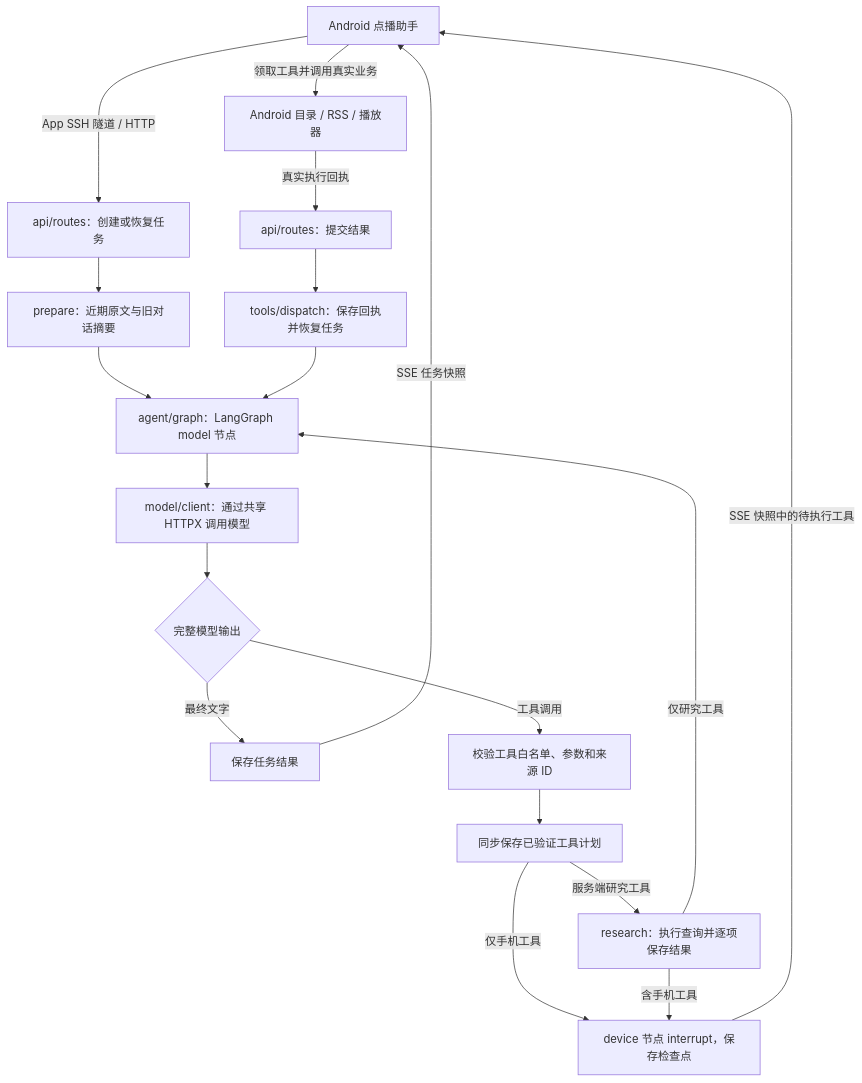
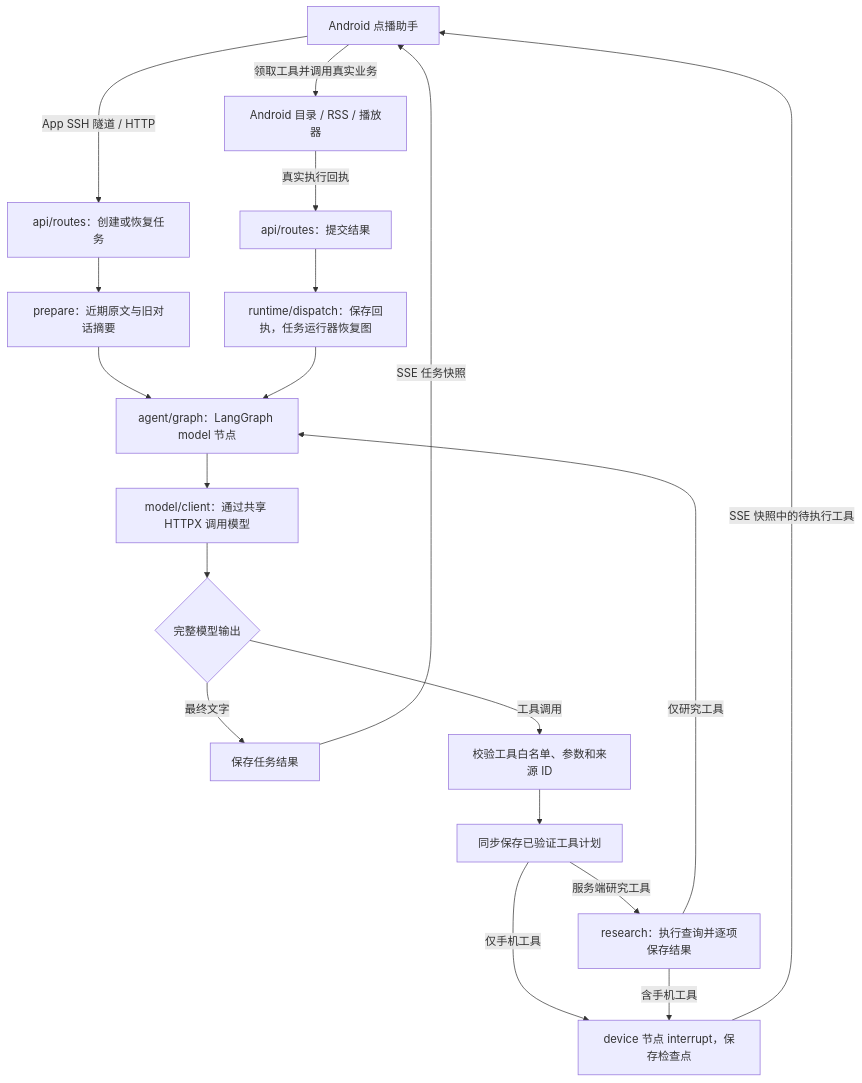
One commit to bililateral/MaoerLite changed the diagram in README.md. Above: the diagram before and after it, drawn with Mermaid. The commit also changed other lines of this file and 57 other files, not shown here.

````diff
--- a/README.md
+++ b/README.md
@@ -309,21 +315,21 @@
 ```mermaid
 flowchart TD
     A[Android 点播助手] -->|App SSH 隧道 / HTTP| B[api/routes：创建或恢复任务]
     B --> P[prepare：近期原文与旧对话摘要]
     P --> C[agent/graph：LangGraph model 节点]
     C --> D[model/client：通过共享 HTTPX 调用模型]
     D --> E{完整模型输出}
     E -->|最终文字| F[保存任务结果]
     E -->|工具调用| G[校验工具白名单、参数和来源 ID]
     G --> L[同步保存已验证工具计划]
     L -->|服务端研究工具| R[research：执行查询并逐项保存结果]
     L -->|仅手机工具| H[device 节点 interrupt，保存检查点]
     R -->|含手机工具| H
     R -->|仅研究工具| C
     H -->|SSE 快照中的待执行工具| A
     A -->|领取工具并调用真实业务| I[Android 目录 / RSS / 播放器]
     I -->|真实执行回执| J[api/routes：提交结果]
-    J --> K[tools/dispatch：保存回执并恢复任务]
+    J --> K[runtime/dispatch：保存回执，任务运行器恢复图]
     K --> C
     F -->|SSE 任务快照| A
 ```
````
